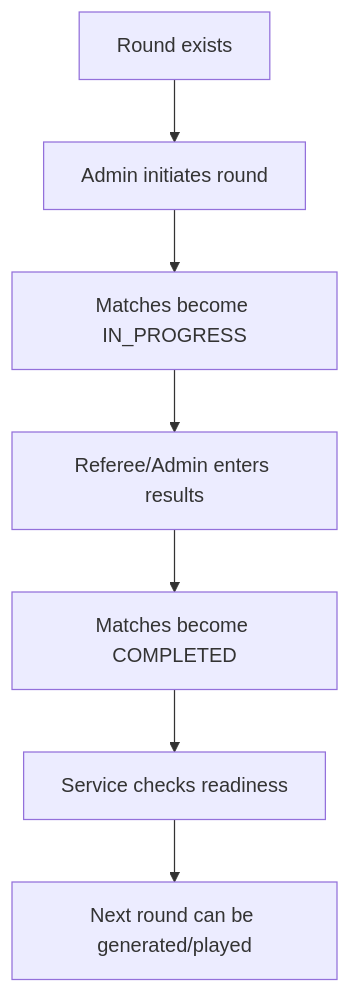
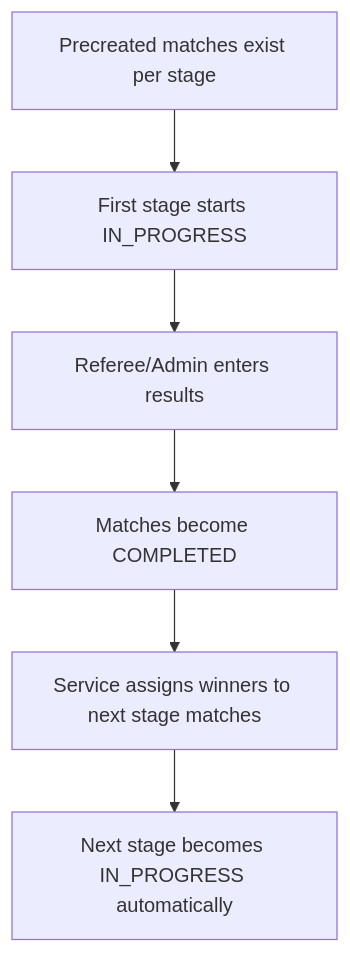
Before and after one commit to sanderkerkhofs/worldcup-manager-2026: the fifth of 5 diagrams in documenation/05-workflows-sequences.md, drawn with Mermaid. The commit also changed other lines of this file and 41 other files, not shown here.

````diff
--- a/documenation/05-workflows-sequences.md
+++ b/documenation/05-workflows-sequences.md
@@ -72,9 +69,8 @@
 ```mermaid
 flowchart TD
-    A[Round exists] --> B[Admin initiates round]
-    B --> C[Matches become IN_PROGRESS]
-    C --> D[Referee/Admin enters results]
-    D --> E[Matches become COMPLETED]
-    E --> F[Service checks readiness]
-    F --> G[Next round can be generated/played]
+    A[Precreated matches exist per stage] --> B[First stage starts IN_PROGRESS]
+    B --> C[Referee/Admin enters results]
+    C --> D[Matches become COMPLETED]
+    D --> E[Service assigns winners to next stage matches]
+    E --> F[Next stage becomes IN_PROGRESS automatically]
 ```
````
